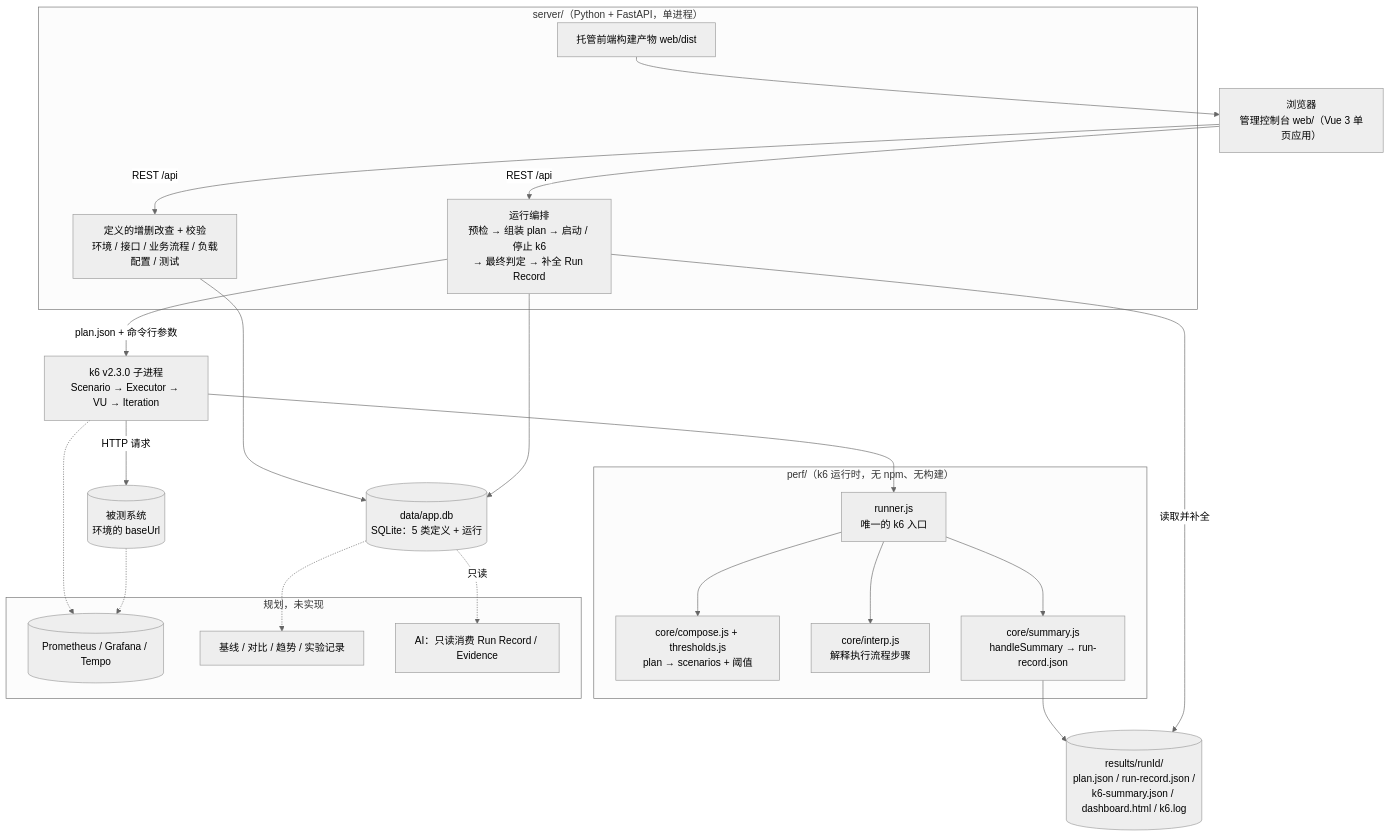
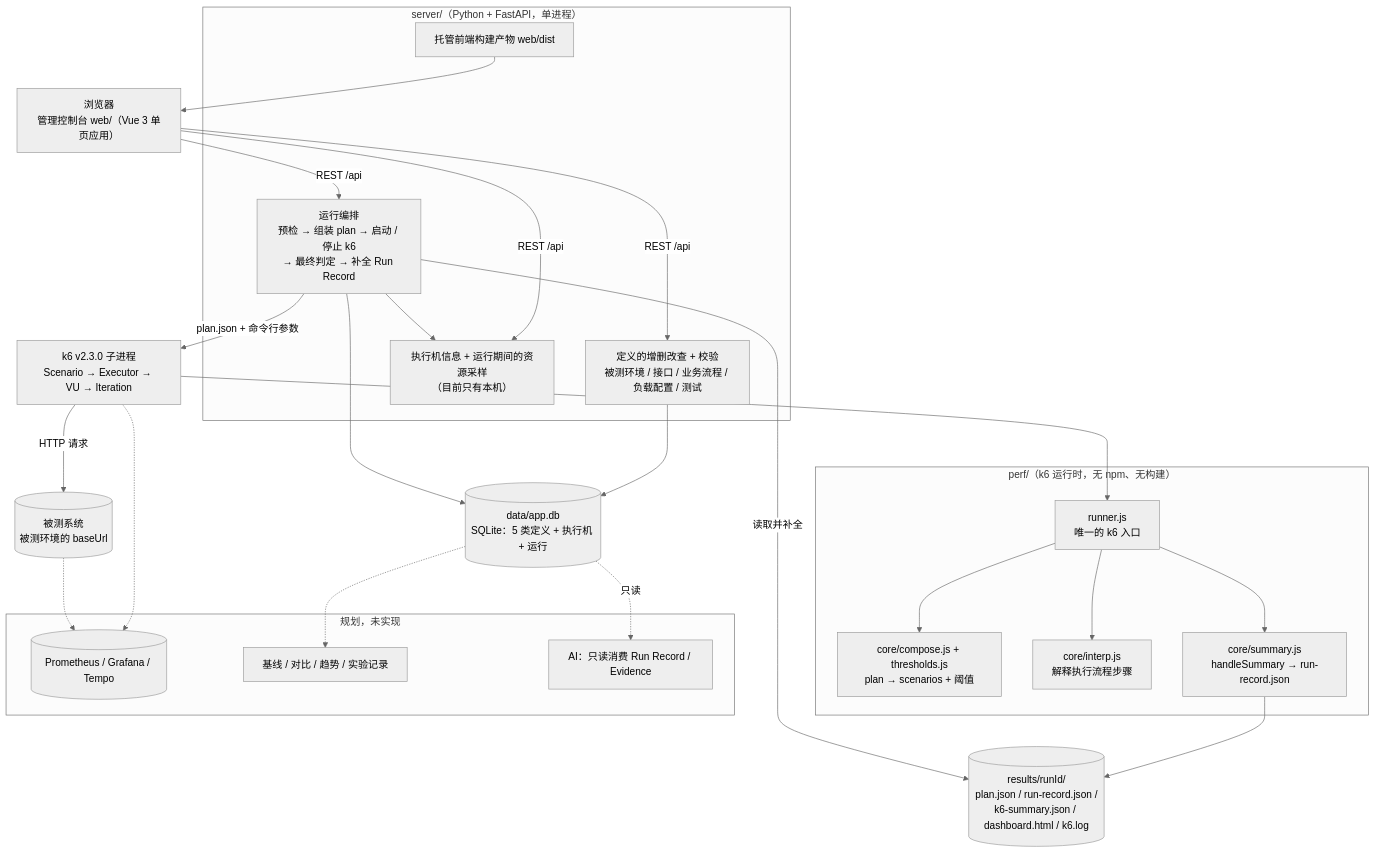
Before and after one commit to Leibiner/AI-Performance-Engineering: the first of 8 diagrams in docs/ARCHITECTURE.md, drawn with Mermaid (neutral theme). The commit also changed other lines of this file and 32 other files, not shown here.

````diff
--- a/docs/ARCHITECTURE.md
+++ b/docs/ARCHITECTURE.md
@@ -118,45 +108,48 @@
 ```mermaid
 flowchart TB
     BROWSER["浏览器<br/>管理控制台 web/（Vue 3 单页应用）"]
 
     subgraph SERVER["server/（Python + FastAPI，单进程）"]
-        CRUD["定义的增删改查 + 校验<br/>环境 / 接口 / 业务流程 / 负载配置 / 测试"]
+        CRUD["定义的增删改查 + 校验<br/>被测环境 / 接口 / 业务流程 / 负载配置 / 测试"]
+        EXEC["执行机信息 + 运行期间的资源采样<br/>（目前只有本机）"]
         ORCH["运行编排<br/>预检 → 组装 plan → 启动 / 停止 k6<br/>→ 最终判定 → 补全 Run Record"]
         STATIC["托管前端构建产物 web/dist"]
     end
 
-    DB[("data/app.db<br/>SQLite：5 类定义 + 运行")]
+    DB[("data/app.db<br/>SQLite：5 类定义 + 执行机 + 运行")]
 
     subgraph PERF["perf/（k6 运行时，无 npm、无构建）"]
         RUNNER["runner.js<br/>唯一的 k6 入口"]
         COMP["core/compose.js + thresholds.js<br/>plan → scenarios + 阈值"]
         INTERP["core/interp.js<br/>解释执行流程步骤"]
         SUM["core/summary.js<br/>handleSummary → run-record.json"]
     end
 
     K6["k6 v2.3.0 子进程<br/>Scenario → Executor → VU → Iteration"]
-    SUT[("被测系统<br/>环境的 baseUrl")]
+    SUT[("被测系统<br/>被测环境的 baseUrl")]
     RES[("results/runId/<br/>plan.json / run-record.json /<br/>k6-summary.json / dashboard.html / k6.log")]
 
     subgraph PLANNED["规划，未实现"]
         PROM[("Prometheus / Grafana / Tempo")]
         BASE["基线 / 对比 / 趋势 / 实验记录"]
         AIX["AI：只读消费 Run Record / Evidence"]
     end
 
     BROWSER -->|REST /api| CRUD
     BROWSER -->|REST /api| ORCH
+    BROWSER -->|REST /api| EXEC
+    ORCH --> EXEC
     STATIC --> BROWSER
     CRUD --> DB
     ORCH --> DB
     ORCH -->|plan.json + 命令行参数| K6
     K6 --> RUNNER
     RUNNER --> COMP & INTERP & SUM
     K6 -->|HTTP 请求| SUT
     SUM --> RES
     ORCH -->|读取并补全| RES
     K6 -.-> PROM
     SUT -.-> PROM
     DB -.-> BASE
     DB -.只读.-> AIX
 ```
````
